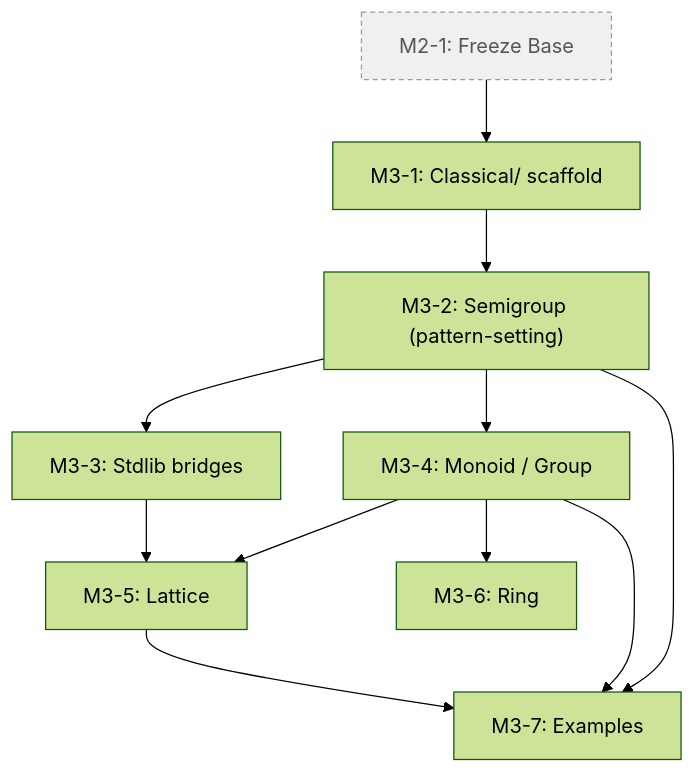
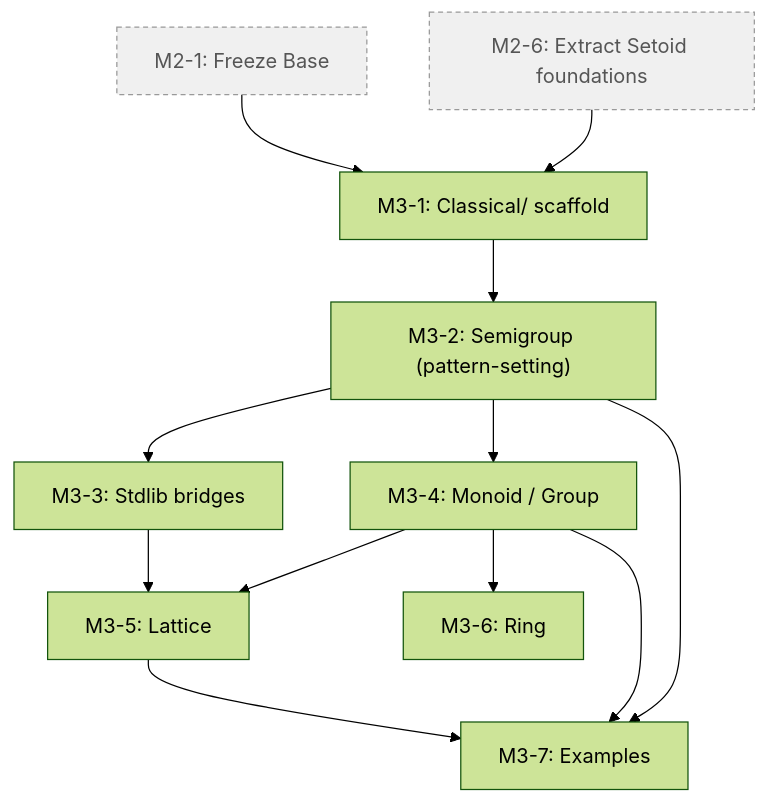
The fourth of 8 diagrams in docs/GITHUB_PROJECT.md (ualib/agda-algebras), drawn with Mermaid (forest theme) before and after one commit. The commit also changed other lines of this file and 1 other file, not shown here.

````diff
--- a/docs/GITHUB_PROJECT.md
+++ b/docs/GITHUB_PROJECT.md
@@ -1128,22 +1153,24 @@
 ```mermaid
 graph TD
   M2_1["M2-1: Freeze Base"]:::ext
+  M2_6["M2-6: Extract Setoid foundations"]:::ext
   M3_1["M3-1: Classical/ scaffold"]
   M3_2["M3-2: Semigroup (pattern-setting)"]
   M3_3["M3-3: Stdlib bridges"]
   M3_4["M3-4: Monoid / Group"]
   M3_5["M3-5: Lattice"]
   M3_6["M3-6: Ring"]
   M3_7["M3-7: Examples"]
   M2_1 --> M3_1
+  M2_6 --> M3_1
   M3_1 --> M3_2
   M3_2 --> M3_3
   M3_2 --> M3_4
   M3_3 --> M3_5
   M3_4 --> M3_5
   M3_4 --> M3_6
   M3_2 --> M3_7
   M3_4 --> M3_7
   M3_5 --> M3_7
   classDef ext fill:#f0f0f0,stroke:#999,stroke-dasharray: 4 3,color:#555
 ```
````
